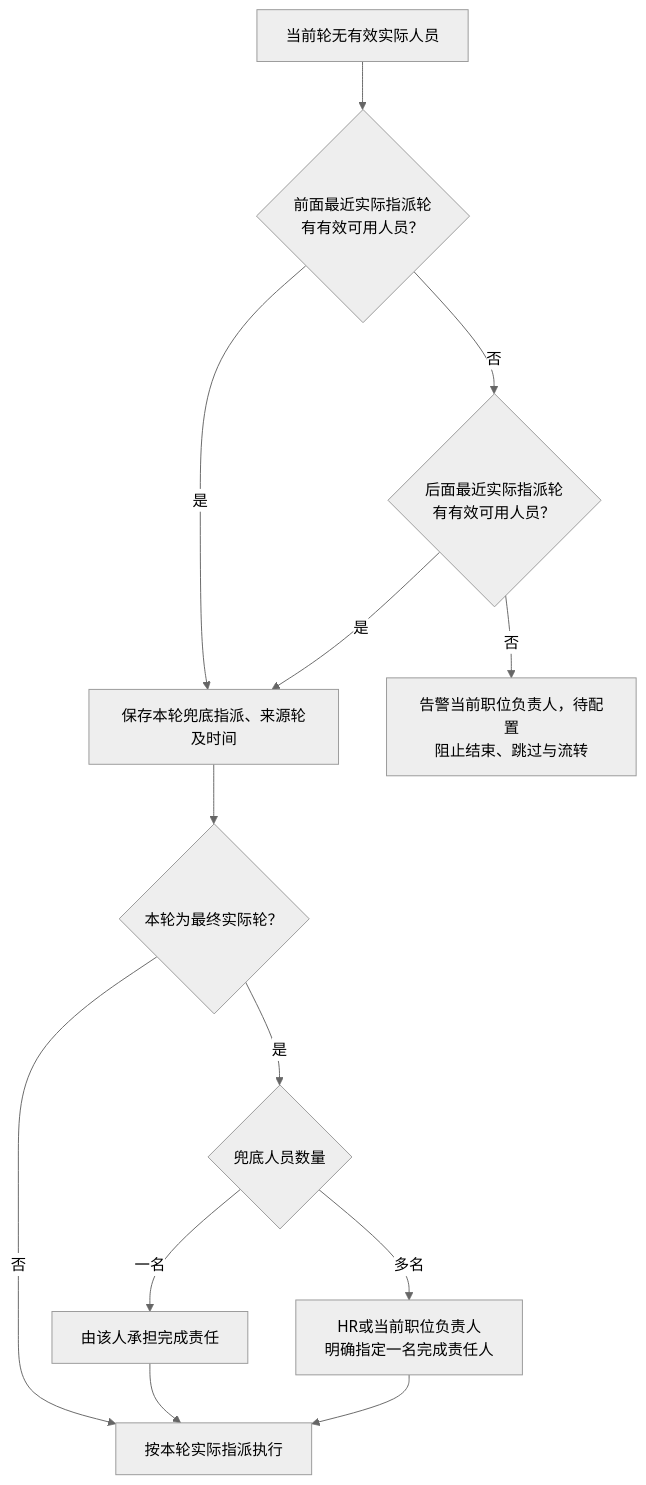
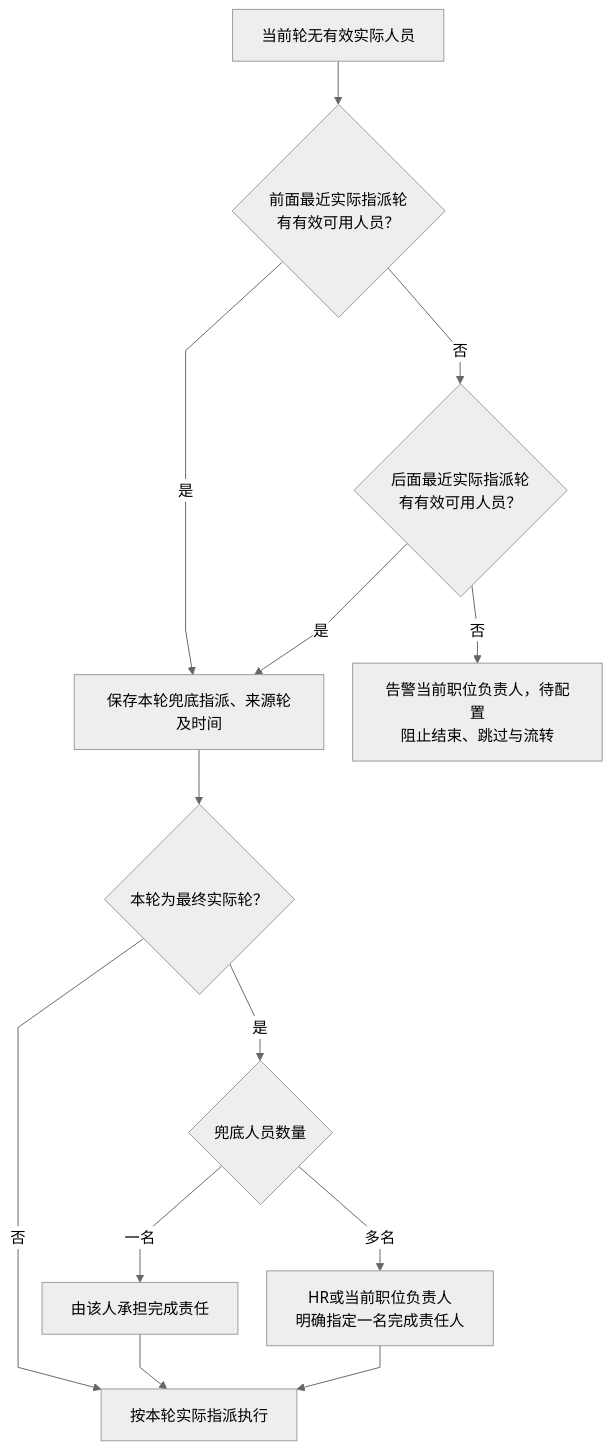
Before and after one commit to leidaibo-lab/pm-hrm: diagram 12 of 20 in docs/product/模块/招聘管理/业务流程与数据流转图.md, drawn with Mermaid (neutral theme). The commit also changed other lines of this file and 32 other files, not shown here.

Commit message:
docs(product): 收口招聘MVP需求并整合文档与图示

````diff
--- a/docs/product/模块/招聘管理/业务流程与数据流转图.md
+++ b/docs/product/模块/招聘管理/业务流程与数据流转图.md
@@ -239,15 +298,16 @@
 ```mermaid
+%%{init: {"flowchart":{"curve":"linear","nodeSpacing":30,"rankSpacing":45,"diagramPadding":16,"wrappingWidth":200},"sequence":{"mirrorActors":false,"actorMargin":45,"messageMargin":30,"noteMargin":12,"wrap":false},"er":{"diagramPadding":16,"minEntityWidth":130,"minEntityHeight":45}}}%%
 flowchart TB
     Empty["当前轮无有效实际人员"] --> Previous{"前面最近实际指派轮<br/>有有效可用人员？"}
     Previous -->|是| Bind["保存本轮兜底指派、来源轮及时间"]
     Previous -->|否| Later{"后面最近实际指派轮<br/>有有效可用人员？"}
     Later -->|是| Bind
     Later -->|否| Block["告警当前职位负责人，待配置<br/>阻止结束、跳过与流转"]
     Bind --> Final{"本轮为最终实际轮？"}
     Final -->|否| Execute["按本轮实际指派执行"]
     Final -->|是| Count{"兜底人员数量"}
     Count -->|一名| Single["由该人承担完成责任"]
     Count -->|多名| Assign["HR或当前职位负责人<br/>明确指定一名完成责任人"]
     Single --> Execute
     Assign --> Execute
 ```
````
